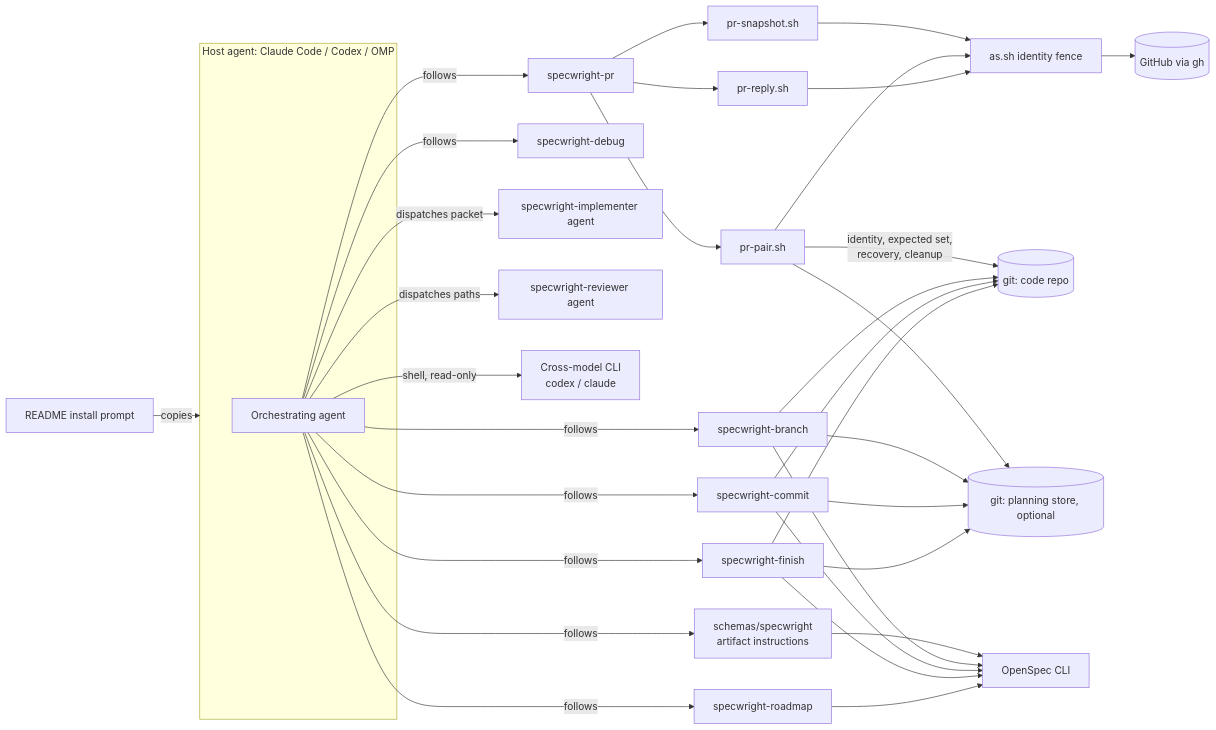
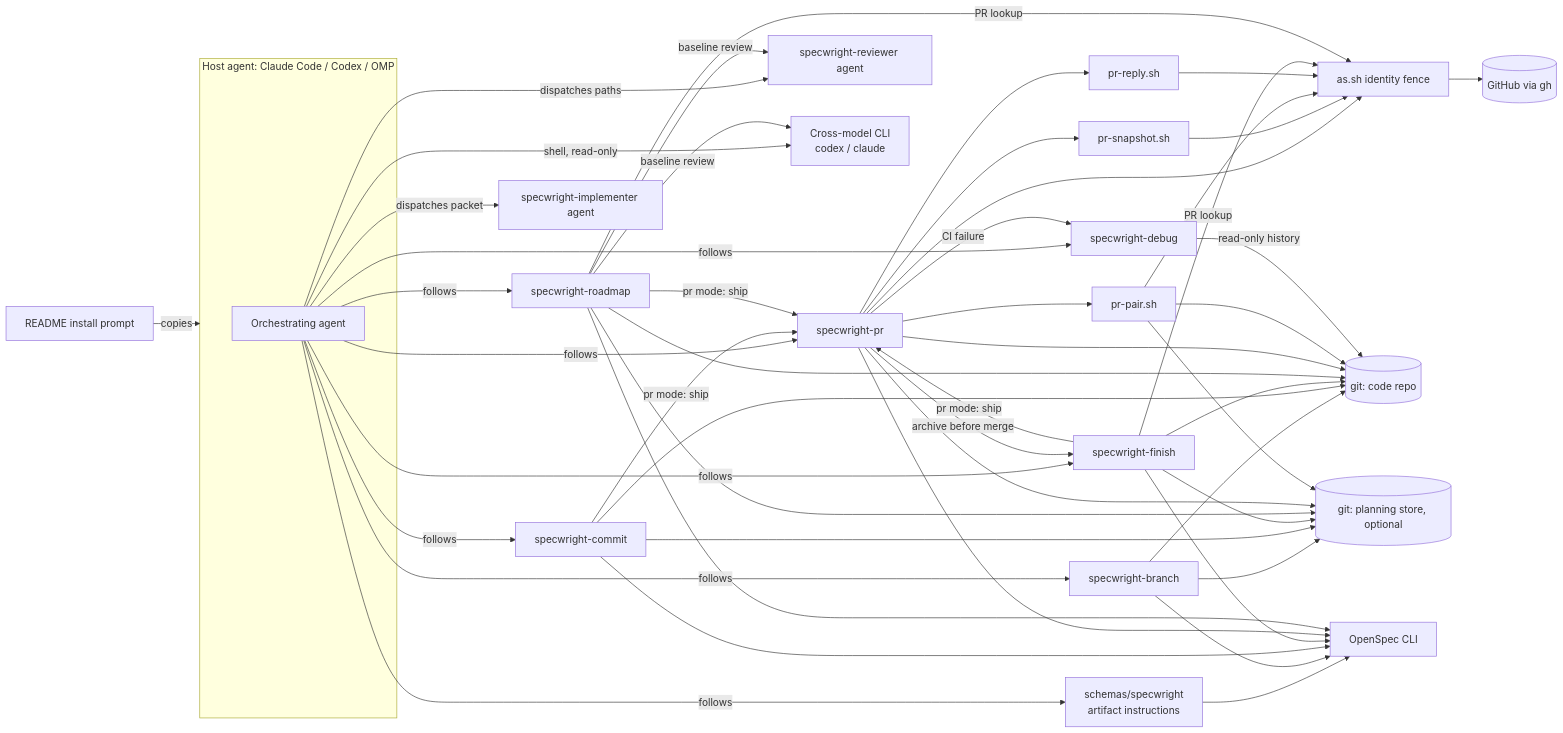
One commit to sh1ny/Specwright changed the diagram in openspec/architecture.md. Above: the diagram before and after it, drawn with Mermaid. The commit also changed other lines of this file and 1 other file, not shown here.

Commit message:
fix(project-baseline): address review feedback
Rebuild the component graph from the commands each skill runs, add a
state row for the architecture file and ADRs with both writers, limit
the merge boundary to GitHub merges, and record finish's unfenced
post-merge gh call under #38.

Feedback-Round: 5

````diff
--- a/openspec/architecture.md
+++ b/openspec/architecture.md
@@ -16,27 +16,31 @@
 ```mermaid
 flowchart LR
   subgraph Host["Host agent: Claude Code / Codex / OMP"]
     O[Orchestrating agent]
   end
   O -->|follows| SCH[schemas/specwright<br/>artifact instructions]
   O -->|follows| BR[specwright-branch]
   O -->|follows| CM[specwright-commit]
   O -->|follows| FI[specwright-finish]
   O -->|follows| PRS[specwright-pr]
   O -->|follows| RM[specwright-roadmap]
   O -->|follows| DBG[specwright-debug]
   O -->|dispatches packet| IMP[specwright-implementer agent]
   O -->|dispatches paths| REV[specwright-reviewer agent]
   O -->|shell, read-only| XM[Cross-model CLI<br/>codex / claude]
+  CM & FI & RM -->|pr mode: ship| PRS
+  PRS -->|archive before merge| FI
+  PRS -->|CI failure| DBG
+  RM -->|baseline review| XM & REV
   PRS --> SNAP[pr-snapshot.sh]
   PRS --> PAIR[pr-pair.sh]
   PRS --> REPLY[pr-reply.sh]
-  SNAP & PAIR & REPLY --> AS[as.sh identity fence]
+  PRS & SNAP & PAIR & REPLY --> AS[as.sh identity fence]
+  FI & RM -->|PR lookup| AS
   AS --> GH[(GitHub via gh)]
-  PAIR -->|identity, expected set,<br/>recovery, cleanup| GIT
-  PAIR --> STORE
-  BR & CM & FI --> GIT[(git: code repo)]
-  BR & CM & FI --> STORE[(git: planning store, optional)]
-  SCH & BR & CM & FI & RM --> OS[OpenSpec CLI]
+  BR & CM & FI & RM & PRS & PAIR --> GIT[(git: code repo)]
+  BR & CM & FI & RM & PRS & PAIR --> STORE[(git: planning store, optional)]
+  DBG -->|read-only history| GIT
+  SCH & BR & CM & FI & PRS & RM --> OS[OpenSpec CLI]
   INST[README install prompt] -->|copies| Host
 ```
````
